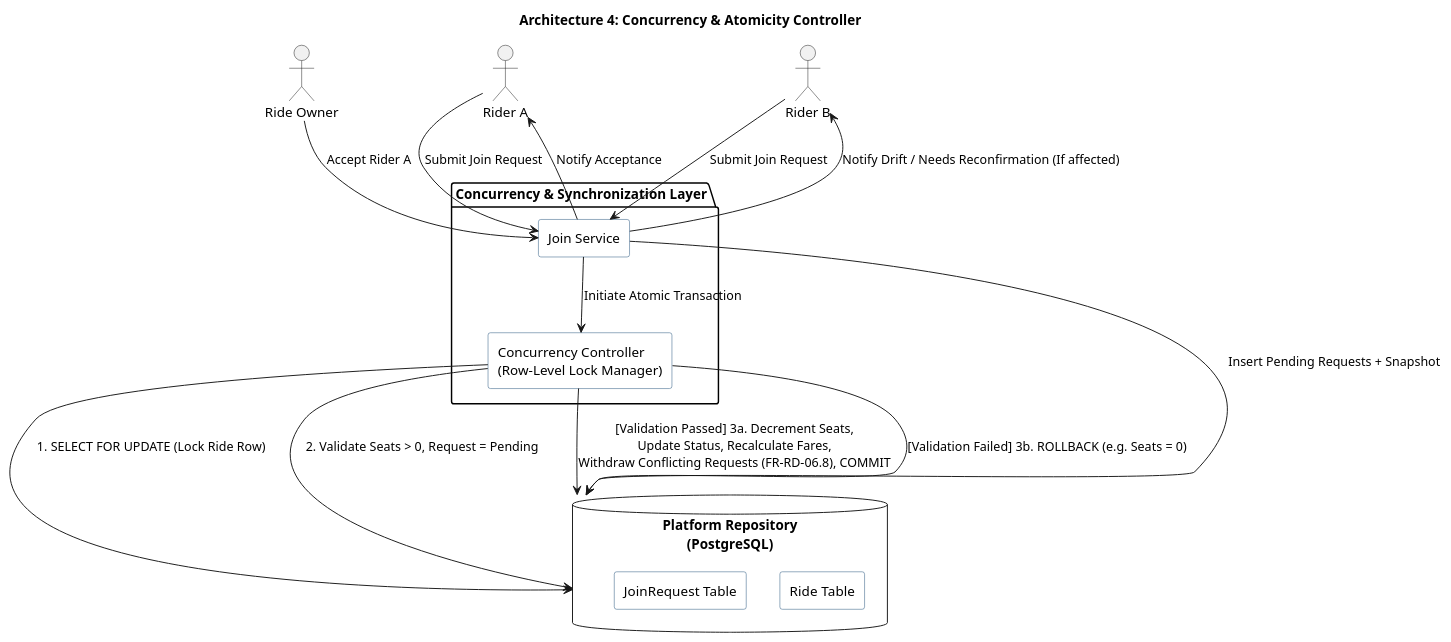
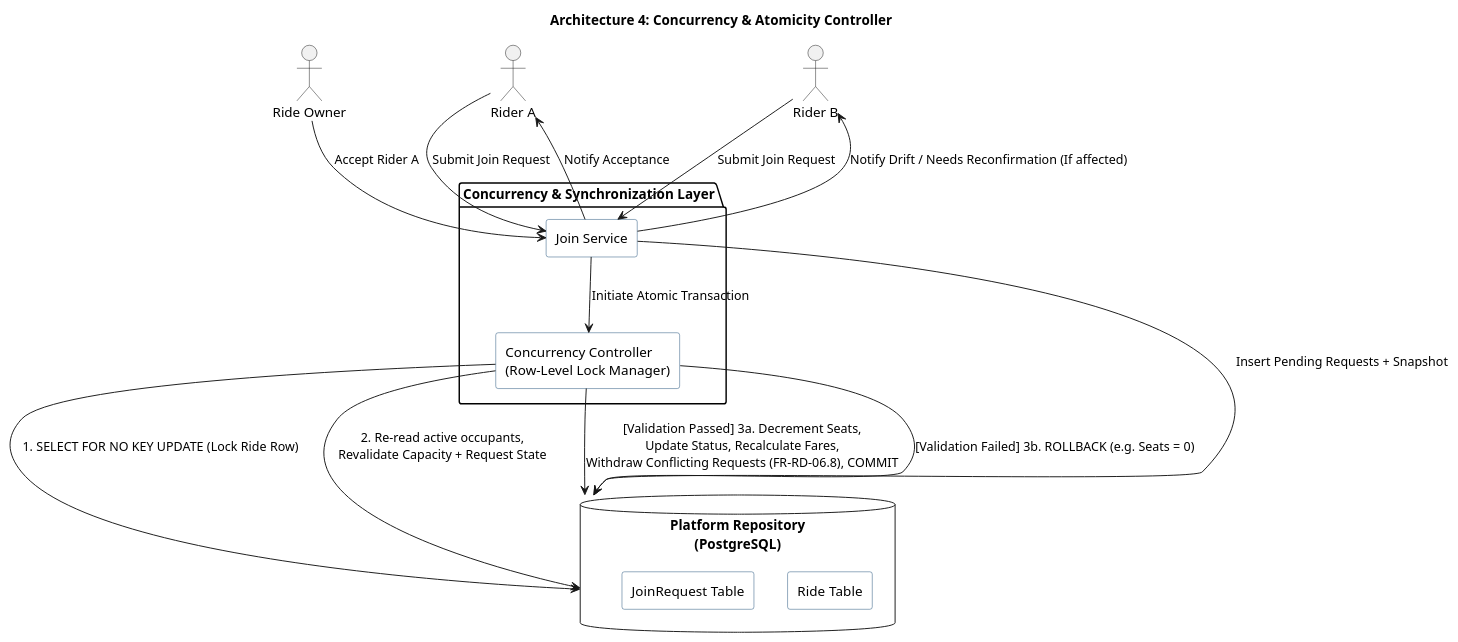
One commit to CS455-Carpooling/Campus_Ridepooling_Automation changed the diagram in Deliverables/D1/architecture/4.puml. Above: the diagram before and after it, drawn with PlantUML.

Commit message:
docs: align concurrency diagram with implemented lock and trigger

```diff
--- a/Deliverables/D1/architecture/4.puml
+++ b/Deliverables/D1/architecture/4.puml
@@ -1,41 +1,41 @@
 @startuml
 title Architecture 4: Concurrency & Atomicity Controller
 skinparam componentStyle rectangle
 skinparam shadowing false
 skinparam defaultFontName Arial
 skinparam rectangle {
   BackgroundColor #FFFFFF
   BorderColor #1F4E79
 }
 
 actor "Ride Owner" as RO
 actor "Rider A" as RA
 actor "Rider B" as RB
 
 package "Concurrency & Synchronization Layer" {
   rectangle "Join Service" as JoinSvc
   rectangle "Concurrency Controller\n(Row-Level Lock Manager)" as LockMgr
 }
 
 database "Platform Repository\n(PostgreSQL)" as DB {
     rectangle "Ride Table"
     rectangle "JoinRequest Table"
 }
 
 RA --> JoinSvc : Submit Join Request
 RB --> JoinSvc : Submit Join Request
 JoinSvc --> DB : Insert Pending Requests + Snapshot
 
 RO --> JoinSvc : Accept Rider A
 JoinSvc --> LockMgr : Initiate Atomic Transaction
 
-LockMgr --> DB : 1. SELECT FOR UPDATE (Lock Ride Row)
-LockMgr --> DB : 2. Validate Seats > 0, Request = Pending
+LockMgr --> DB : 1. SELECT FOR NO KEY UPDATE (Lock Ride Row)
+LockMgr --> DB : 2. Re-read active occupants,\nRevalidate Capacity + Request State
 
-' Corrected Boundary: Includes conflicting request withdrawal
+' Database trigger also serializes direct active-seat inserts/reactivations\n' and rejects a write that would exceed the ride capacity.\n' Corrected Boundary: Includes conflicting request withdrawal
 LockMgr --> DB : [Validation Passed] 3a. Decrement Seats,\nUpdate Status, Recalculate Fares,\nWithdraw Conflicting Requests (FR-RD-06.8), COMMIT
 LockMgr --> DB : [Validation Failed] 3b. ROLLBACK (e.g. Seats = 0)
 
 JoinSvc --> RA : Notify Acceptance
 JoinSvc --> RB : Notify Drift / Needs Reconfirmation (If affected)
 @enduml
```
